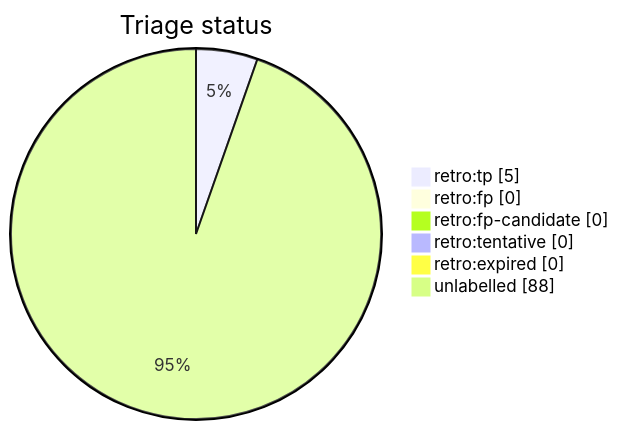
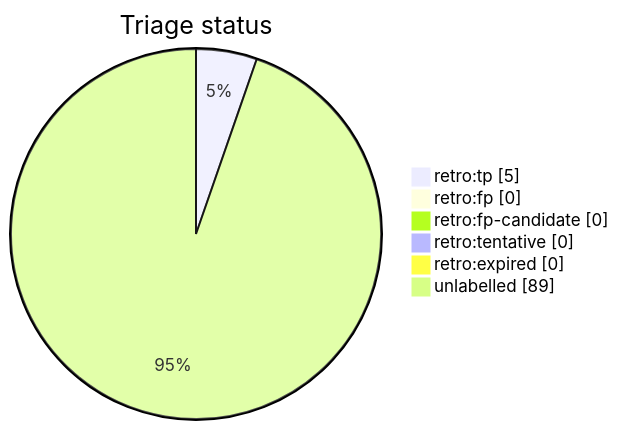
One commit to tvna/claude-md changed the diagram in docs/generated/scripts/auto-retro-triage-report.md. Above: the diagram before and after it, drawn with Mermaid. The commit also changed other lines of this file, not shown here.

````diff
--- a/docs/generated/scripts/auto-retro-triage-report.md
+++ b/docs/generated/scripts/auto-retro-triage-report.md
@@ -15,10 +15,10 @@
 ```mermaid
 pie showData
     title Triage status
     "retro:tp" : 5
     "retro:fp" : 0
     "retro:fp-candidate" : 0
     "retro:tentative" : 0
     "retro:expired" : 0
-    "unlabelled" : 88
+    "unlabelled" : 89
 ```
````
